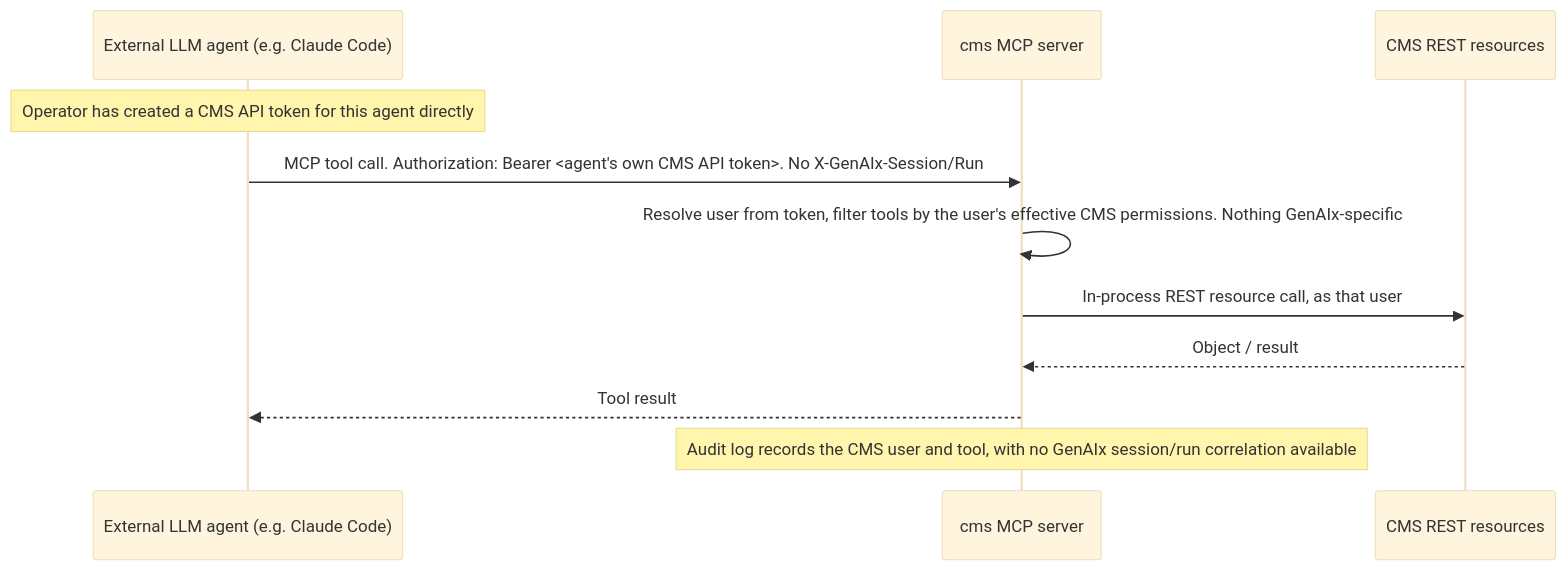
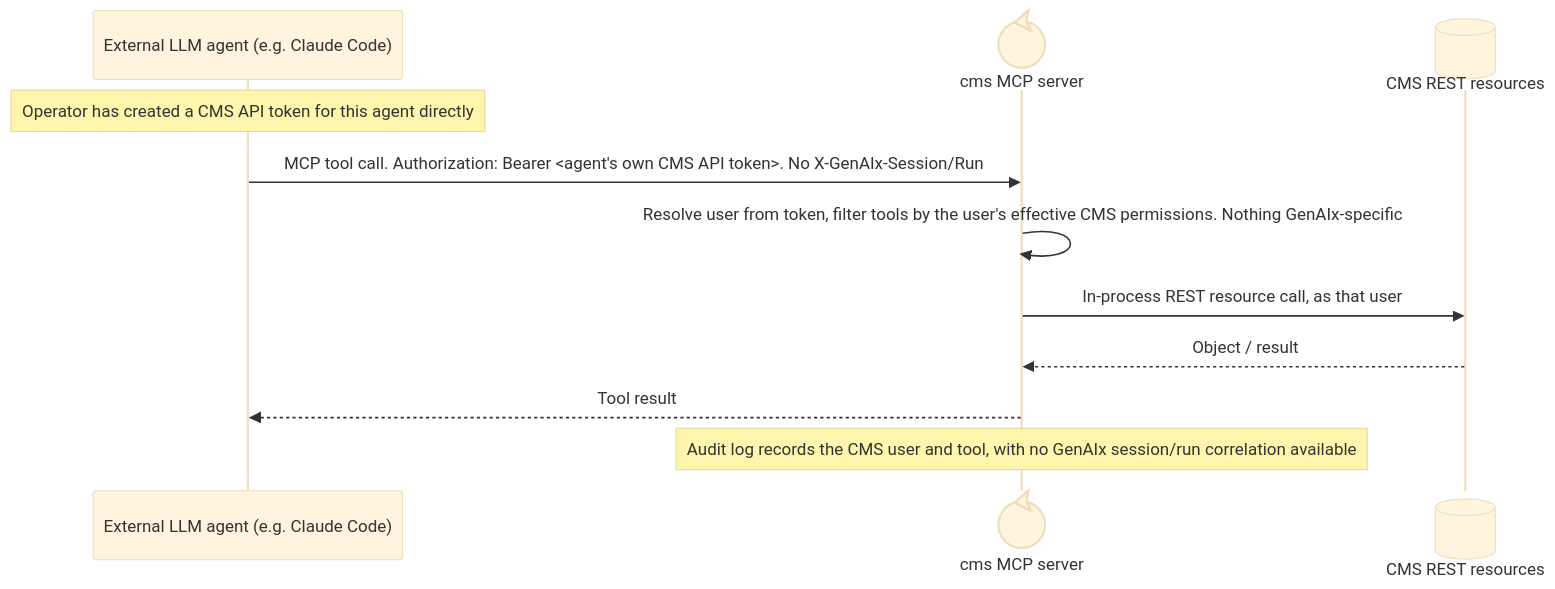
The fifth of 5 diagrams in workspace-ui/.claude/contracts/genaix-docs/02-auth-and-context-flow.md (gentics/cms-oss), drawn with Mermaid (base theme) before and after one commit. The commit also changed other lines of this file and 32 other files, not shown here.

````diff
--- a/workspace-ui/.claude/contracts/genaix-docs/02-auth-and-context-flow.md
+++ b/workspace-ui/.claude/contracts/genaix-docs/02-auth-and-context-flow.md
@@ -310,14 +310,14 @@
 ```mermaid
 sequenceDiagram
     participant A as External LLM agent (e.g. Claude Code)
-    participant C as cms MCP server
-    participant R as CMS REST resources
+    participant C@{ "type": "control" } as cms MCP server
+    participant R@{ "type": "database" } as CMS REST resources
 
     Note over A: Operator has created a CMS API token for this agent directly
     A->>C: MCP tool call. Authorization: Bearer <agent's own CMS API token>. No X-GenAIx-Session/Run
     C->>C: Resolve user from token, filter tools by the user's effective CMS permissions. Nothing GenAIx-specific
     C->>R: In-process REST resource call, as that user
     R-->>C: Object / result
     C-->>A: Tool result
     Note over C: Audit log records the CMS user and tool, with no GenAIx session/run correlation available
 ```
````
